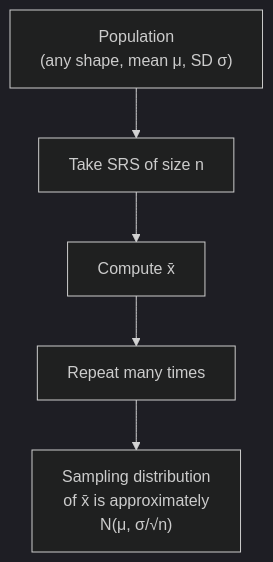
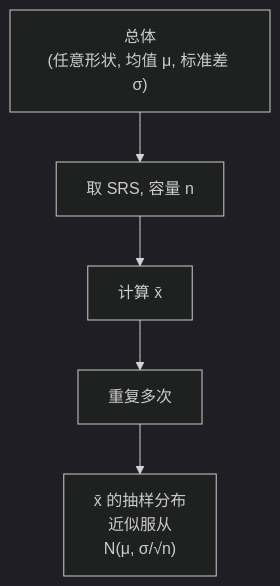
The diagram in Math/Statistics/AP_Statistics/Central_Limit_Theorem.md (xieguaiwu/Notes), drawn with Mermaid (dark theme) before and after one commit. The commit also changed other lines of this file and 30 other files, not shown here.

Commit message:
obsidian-note-generation: translate all AP Statistics notes to Chinese, fix format issues (H1, --- separators, Unicode→LaTeX), add chart types review note

````diff
--- a/Math/Statistics/AP_Statistics/Central_Limit_Theorem.md
+++ b/Math/Statistics/AP_Statistics/Central_Limit_Theorem.md
@@ -42,7 +42,7 @@
 ```mermaid
 flowchart TD
-    A["Population<br/>(any shape, mean μ, SD σ)"] --> B["Take SRS of size n"]
-    B --> C["Compute x̄"]
-    C --> D["Repeat many times"]
-    D --> E["Sampling distribution<br/>of x̄ is approximately<br/>N(μ, σ/√n)"]
+    A["总体<br/>(任意形状, 均值 μ, 标准差 σ)"] --> B["取 SRS, 容量 n"]
+    B --> C["计算 x̄"]
+    C --> D["重复多次"]
+    D --> E["x̄ 的抽样分布<br/>近似服从<br/>N(μ, σ/√n)"]
 ```
````
